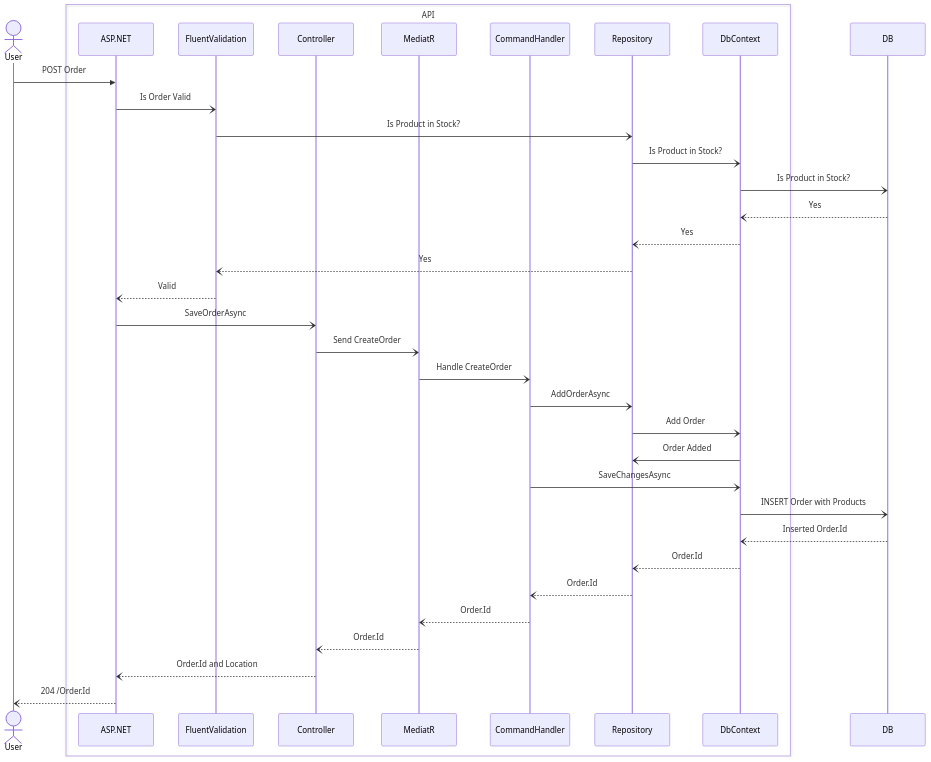
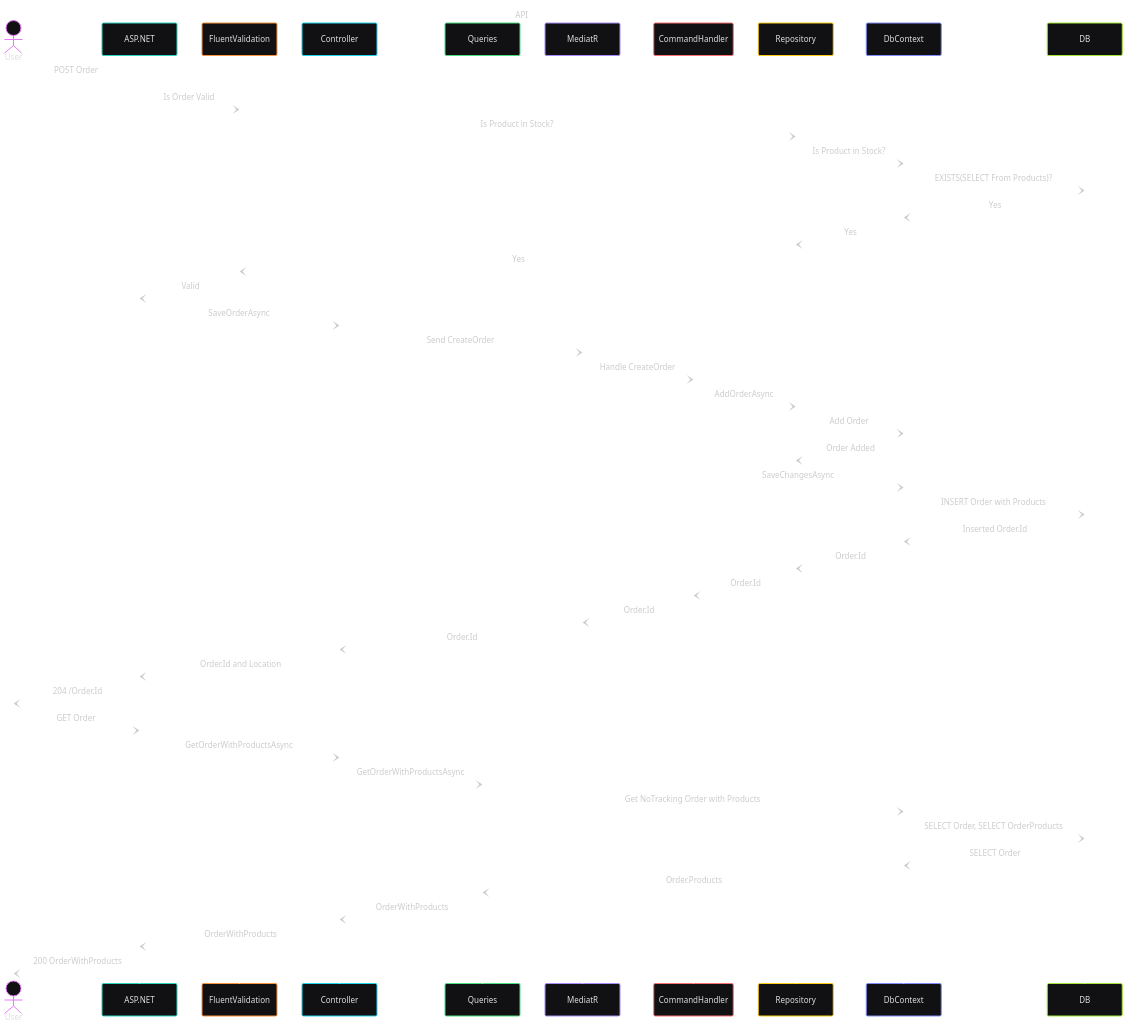
Before and after one commit to YakudzaBY/Company.Ordering: the first of 3 diagrams in README.md, drawn with Mermaid.

Commit message:
Add GET Order to sequence diagram

````diff
--- a/README.md
+++ b/README.md
@@ -11,37 +11,52 @@
 ```mermaid
+---
+config:
+  theme: redux-dark-color
+---
 sequenceDiagram
     actor User
     box API
     participant ASP.NET
     participant Validation as FluentValidation
     participant Controller
+    participant Queries
     participant MediatR
     participant CommandHandler
     participant Repository
     participant DbContext
     end
     User->>ASP.NET: POST Order
     ASP.NET-)Validation: Is Order Valid
     Validation-)Repository: Is Product in Stock?
     Repository-)DbContext: Is Product in Stock?
-    DbContext-)DB: Is Product in Stock?
+    DbContext-)DB: EXISTS(SELECT From Products)?
     DB--)DbContext: Yes
     DbContext--)Repository: Yes
     Repository--)Validation: Yes
     Validation--)ASP.NET: Valid
     ASP.NET-)Controller: SaveOrderAsync
     Controller-)MediatR: Send CreateOrder
     MediatR-)CommandHandler: Handle CreateOrder
     CommandHandler-)Repository: AddOrderAsync
     Repository-)DbContext: Add Order
     DbContext-)Repository: Order Added
     CommandHandler-)DbContext: SaveChangesAsync
     DbContext-)DB: INSERT Order with Products
     DB--)DbContext: Inserted Order.Id
     DbContext--)Repository: Order.Id
     Repository--)CommandHandler: Order.Id
     CommandHandler--)MediatR: Order.Id
     MediatR--)Controller: Order.Id
     Controller--)ASP.NET: Order.Id and Location
     ASP.NET--)User: 204 /Order.Id
+    User-)ASP.NET: GET Order
+    ASP.NET-)Controller: GetOrderWithProductsAsync
+    Controller-)Queries: GetOrderWithProductsAsync
+    Queries-)DbContext: Get NoTracking Order with Products
+    DbContext-)DB: SELECT Order, SELECT OrderProducts
+    DB--)DbContext: SELECT Order
+    DbContext--)Queries: Order.Products
+    Queries--)Controller: OrderWithProducts
+    Controller--)ASP.NET: OrderWithProducts
+    ASP.NET--)User: 200 OrderWithProducts
 ```
````
